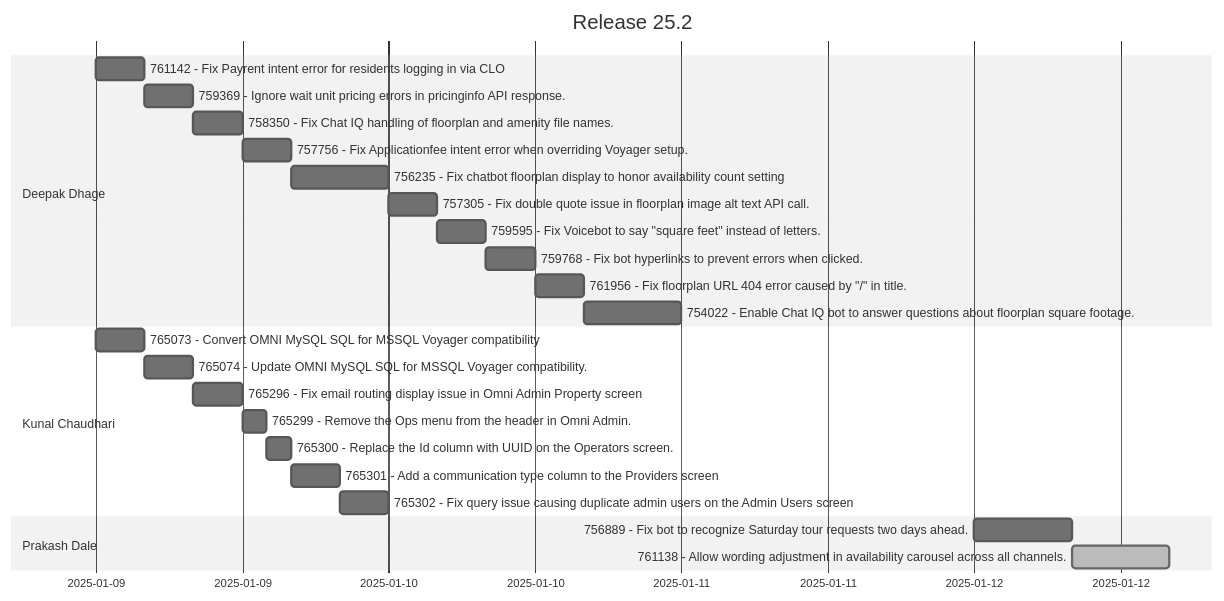
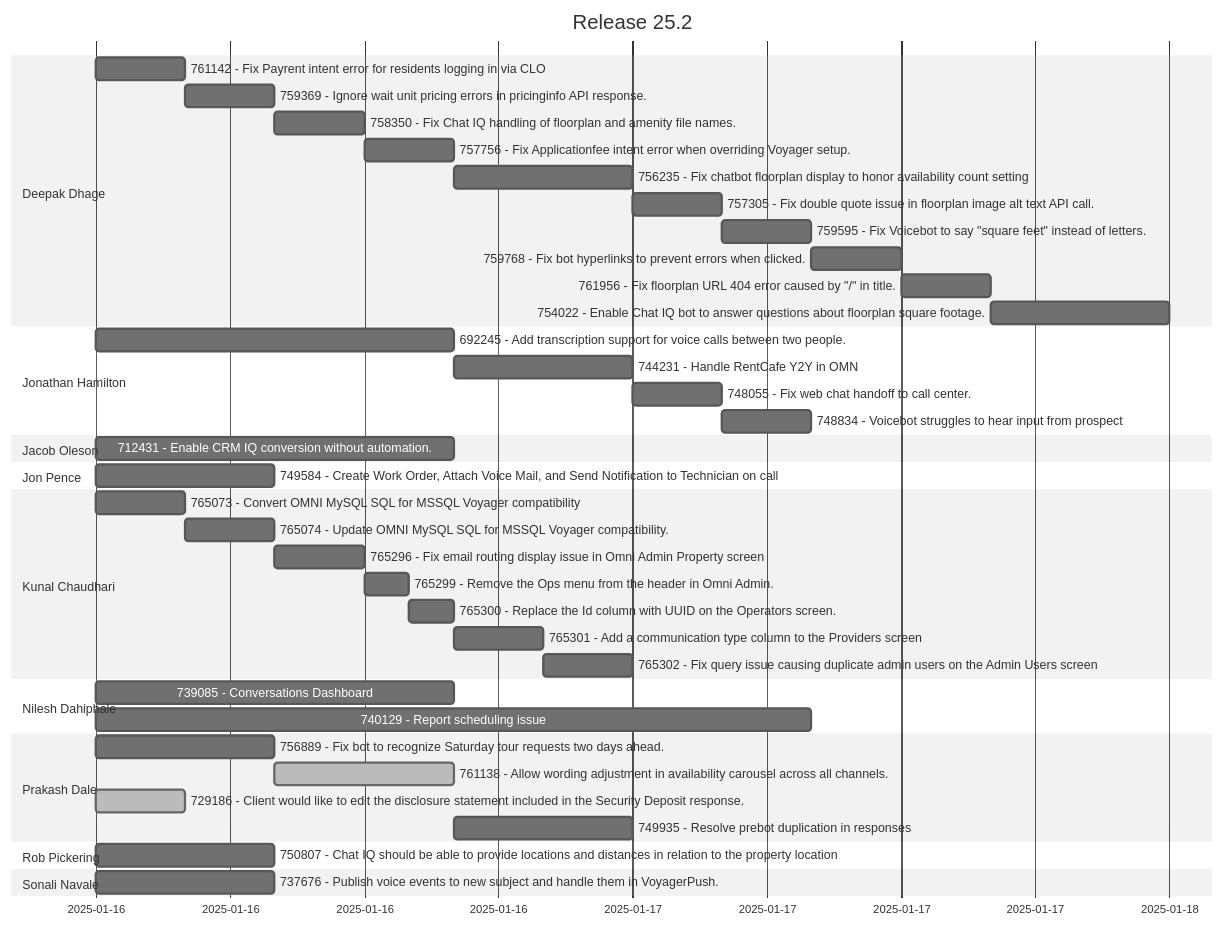
One commit to prakash-dale/prakash-dale.github.io changed the diagram in README.md. Above: the diagram before and after it, drawn with Mermaid (neutral theme).

````diff
--- a/README.md
+++ b/README.md
@@ -5,40 +5,70 @@
 ```mermaid
 gantt
     title Release 25.2
     dateFormat MMM-DD
     tickInterval 4h
     excludes weekends
 
+
     section Deepak Dhage
-        761142 - Fix Payrent intent error for residents logging in via CLO      : 761142, Jan-09, 4h
+        761142 - Fix Payrent intent error for residents logging in via CLO      : 761142, Jan-16, 4h
         759369 - Ignore wait unit pricing errors in pricinginfo API response.   : 759369, after 761142, 4h
         758350 - Fix Chat IQ handling of floorplan and amenity file names.      : 758350, after 759369, 4h
         757756 - Fix Applicationfee intent error when overriding Voyager setup. : 757756, after 758350, 4h
         756235 - Fix chatbot floorplan display to honor availability count setting: 756235, after 757756, 8h
         757305 - Fix double quote issue in floorplan image alt text API call.   : 757305, after 756235, 4h
         759595 - Fix Voicebot to say "square feet" instead of letters.          : 759595, after 757305, 4h
         759768 - Fix bot hyperlinks to prevent errors when clicked.             : 759768, after 759595, 4h
         761956 - Fix floorplan URL 404 error caused by "/" in title.            : 761956, after 759768, 4h
-        754022 - Enable Chat IQ bot to answer questions about floorplan square footage.: 754022, after 761956, 8h 
+        754022 - Enable Chat IQ bot to answer questions about floorplan square footage.: 754022, after 761956, 8h
+
+    section Jonathan Hamilton
+        692245 - Add transcription support for voice calls between two people.: 692245, Jan-16, 16h
+        744231 - Handle RentCafe Y2Y in OMN: 744231, after 692245, 8h
+        748055 - Fix web chat handoff to call center.: 748055, after 744231, 4h
+        748834 - Voicebot struggles to hear input from prospect : 748834, after 748055, 4h
+
+
+    section Jacob Oleson
+        712431 - Enable CRM IQ conversion without automation. : 712431, Jan-16, 16h
+
+    section Jon Pence
+        749584 - Create Work Order, Attach Voice Mail, and Send Notification to Technician on call: 749584, Jan-16, 8h
 
     section Kunal Chaudhari
-        765073 - Convert OMNI MySQL SQL for MSSQL Voyager compatibility         : 765073, Jan-09, 4h
+        765073 - Convert OMNI MySQL SQL for MSSQL Voyager compatibility         : 765073, Jan-16, 4h
         765074 - Update OMNI MySQL SQL for MSSQL Voyager compatibility.         : 765074, after 765073, 4h
         765296 - Fix email routing display issue in Omni Admin Property screen  : 765296, after 765074, 4h
         765299 - Remove the Ops menu from the header in Omni Admin.             : 765299, after 765296, 2h
         765300 - Replace the Id column with UUID on the Operators screen.       : 765300, after 765299, 2h
         765301 - Add a communication type column to the Providers screen        : 765301, after 765300, 4h
         765302 - Fix query issue causing duplicate admin users on the Admin Users screen: 765302, after 765301, 4h
+
+    section Nilesh Dahiphale
+        739085 - Conversations Dashboard: Timeout issue with multiple properties: 739085, Jan-16, 16h
+        740129 - Report scheduling issue: incorrect counts : 740129, after 739085, 32h
+
     
     section Prakash Dale
-        756889 - Fix bot to recognize Saturday tour requests two days ahead.    : 756889, Jan-12, 8h
+        756889 - Fix bot to recognize Saturday tour requests two days ahead.    : 756889, Jan-16, 8h
         761138 - Allow wording adjustment in availability carousel across all channels.: done, 761138, after 756889, 8h
+        729186 - Client would like to edit the disclosure statement included in the Security Deposit response.: done, 729186, Jan-16, 4h
+        749935 - Resolve prebot duplication in responses: 749935, after 761138, 8h
+
+    section Rob Pickering
+        750807 - Chat IQ should be able to provide locations and distances in relation to the property location: 750807, Jan-16, 8h
+
+    section Sonali Navale
+        737676 - Publish voice events to new subject and handle them in VoyagerPush.: 737676, Jan-16, 8h
+
+
+
 
 
         
 
 
 
 
 
 ```
````
